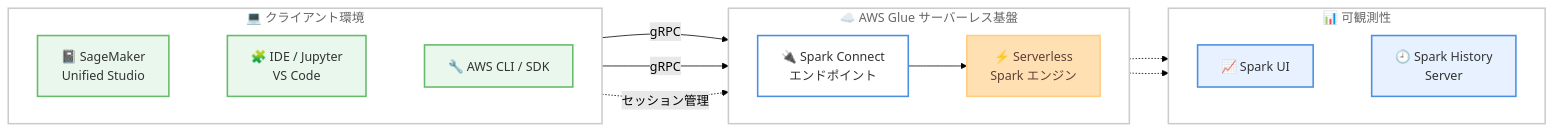
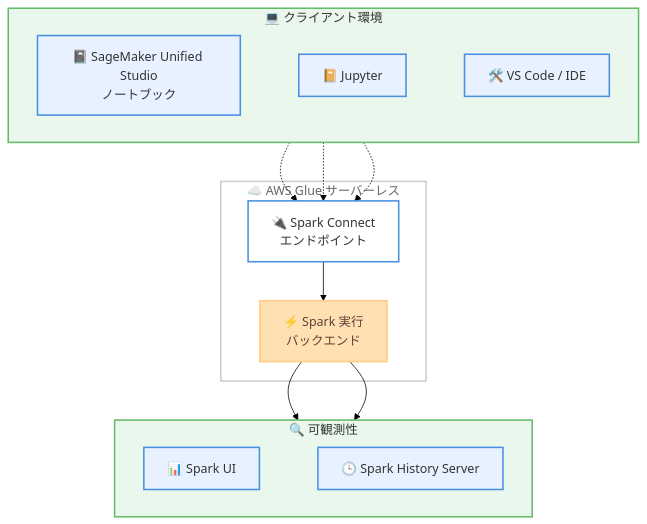
Before and after one commit to takech9203/aws-news-summary: the diagram in reports/2026/2026-06-17-aws-glue-interactive-sessions-spark-connect-smus-notebooks.md, drawn with Mermaid (forest theme). The commit also changed other lines of this file and 27 other files, not shown here.

````diff
--- a/reports/2026/2026-06-17-aws-glue-interactive-sessions-spark-connect-smus-notebooks.md
+++ b/reports/2026/2026-06-17-aws-glue-interactive-sessions-spark-connect-smus-notebooks.md
@@ -32,42 +32,41 @@
 ```mermaid
-flowchart LR
+flowchart TD
     subgraph Client["💻 クライアント環境"]
         direction LR
-        SMUS["📓 SageMaker<br/>Unified Studio"]
-        IDE["🧩 IDE / Jupyter<br/>VS Code"]
-        CLI["🔧 AWS CLI / SDK"]
-        SMUS ~~~ IDE ~~~ CLI
+        NB["📓 SageMaker Unified Studio<br/>ノートブック"]
+        JP["📔 Jupyter"]
+        IDE["🛠️ VS Code / IDE"]
+        NB ~~~ JP ~~~ IDE
     end
 
-    subgraph Glue["☁️ AWS Glue サーバーレス基盤"]
-        direction LR
-        Endpoint["🔌 Spark Connect<br/>エンドポイント"]
-        Spark["⚡ Serverless<br/>Spark エンジン"]
-        Endpoint --> Spark
+    subgraph Glue["☁️ AWS Glue サーバーレス"]
+        SC["🔌 Spark Connect<br/>エンドポイント"]
+        Spark["⚡ Spark 実行<br/>バックエンド"]
+        SC --> Spark
     end
 
-    subgraph Observability["📊 可観測性"]
+    subgraph Obs["🔍 可観測性"]
         direction LR
-        SparkUI["📈 Spark UI"]
-        History["🕘 Spark History<br/>Server"]
-        SparkUI ~~~ History
+        UI["📊 Spark UI"]
+        Hist["🕒 Spark History Server"]
+        UI ~~~ Hist
     end
 
-    SMUS -->|gRPC| Endpoint
-    IDE -->|gRPC| Endpoint
-    CLI -.->|セッション管理| Endpoint
-    Spark -.-> SparkUI
-    Spark -.-> History
+    NB -.-> SC
+    JP -.-> SC
+    IDE -.-> SC
+    Spark --> UI
+    Spark --> Hist
 
     classDef client fill:#E9F7EC,stroke:#66BB6A,stroke-width:2px,color:#333333
     classDef cloud fill:none,stroke:#CCCCCC,stroke-width:2px,color:#666666
     classDef compute fill:#FFE0B2,stroke:#FFCC80,stroke-width:2px,color:#5D4037
     classDef process fill:#FFFFFF,stroke:#4A90E2,stroke-width:2px,color:#333333
     classDef internal fill:#E8F1FF,stroke:#4A90E2,stroke-width:2px,color:#333333
 
-    class SMUS,IDE,CLI client
-    class Glue,Client,Observability cloud
+    class Client,Obs client
+    class Glue cloud
     class Spark compute
-    class Endpoint process
-    class SparkUI,History internal
+    class SC process
+    class NB,JP,IDE,UI,Hist internal
 ```
````
